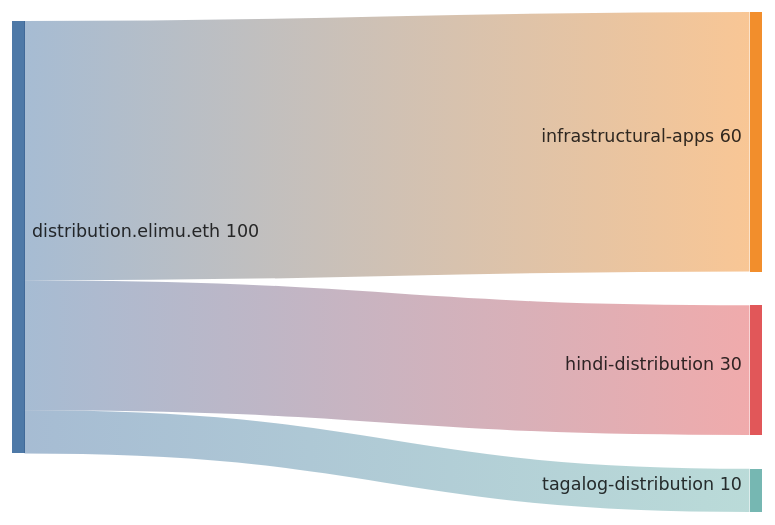
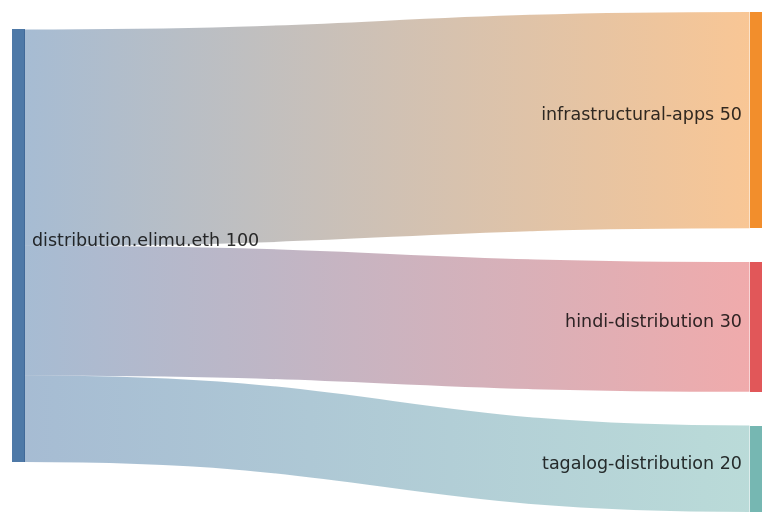
Before and after one commit to elimu-ai/web3-wiki: the third of 3 diagrams in DRIP_LIST_FUNDING_SPLITS.md, drawn with Mermaid.

````diff
--- a/DRIP_LIST_FUNDING_SPLITS.md
+++ b/DRIP_LIST_FUNDING_SPLITS.md
@@ -97,8 +97,8 @@
 ```mermaid
 sankey-beta
 
 %% source,target,value
-distribution.elimu.eth,infrastructural-apps,60
+distribution.elimu.eth,infrastructural-apps,50
 distribution.elimu.eth,hindi-distribution,30
-distribution.elimu.eth,tagalog-distribution,10
+distribution.elimu.eth,tagalog-distribution,20
 ```
````
